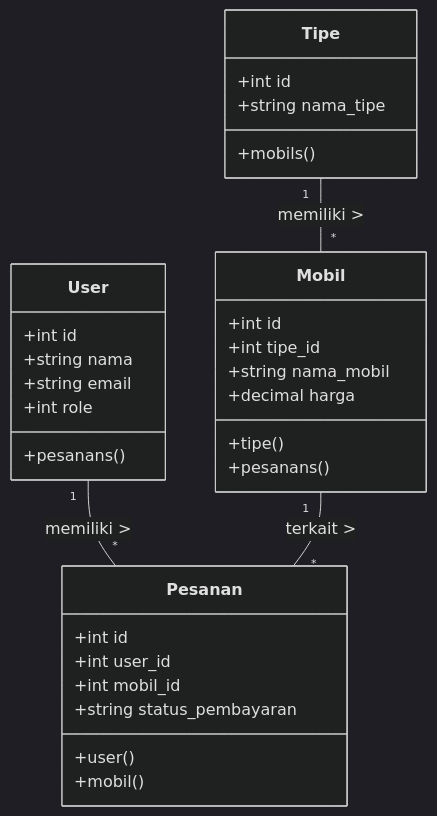
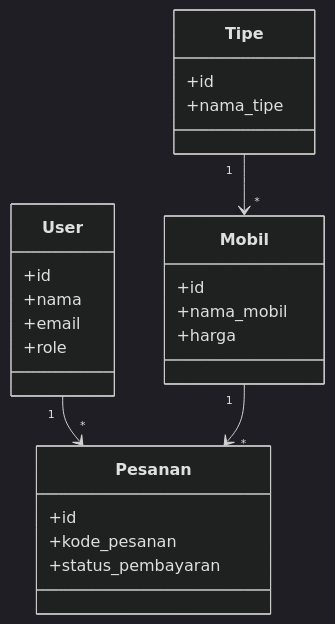
The fourth of 4 diagrams in README.md (SeptianTirta/Sistem-Penjualan-Mobil), drawn with Mermaid (dark theme) before and after one commit. The commit also changed other lines of this file, not shown here.

````diff
--- a/README.md
+++ b/README.md
@@ -147,35 +167,30 @@
 ```mermaid
 classDiagram
     class User {
-        +int id
-        +string nama
-        +string email
-        +int role
-        +pesanans()
-    }
-    class Tipe {
-        +int id
-        +string nama_tipe
-        +mobils()
-    }
-    class Mobil {
-        +int id
-        +int tipe_id
-        +string nama_mobil
-        +decimal harga
-        +tipe()
-        +pesanans()
-    }
-    class Pesanan {
-        +int id
-        +int user_id
-        +int mobil_id
-        +string status_pembayaran
-        +user()
-        +mobil()
+        +id
+        +nama
+        +email
+        +role
     }
 
-    User "1" -- "*" Pesanan : memiliki >
-    Tipe "1" -- "*" Mobil : memiliki >
-    Mobil "1" -- "*" Pesanan : terkait >
+    class Tipe {
+        +id
+        +nama_tipe
+    }
+
+    class Mobil {
+        +id
+        +nama_mobil
+        +harga
+    }
+
+    class Pesanan {
+        +id
+        +kode_pesanan
+        +status_pembayaran
+    }
+
+    User "1" --> "*" Pesanan
+    Tipe "1" --> "*" Mobil
+    Mobil "1" --> "*" Pesanan
 ```
````
